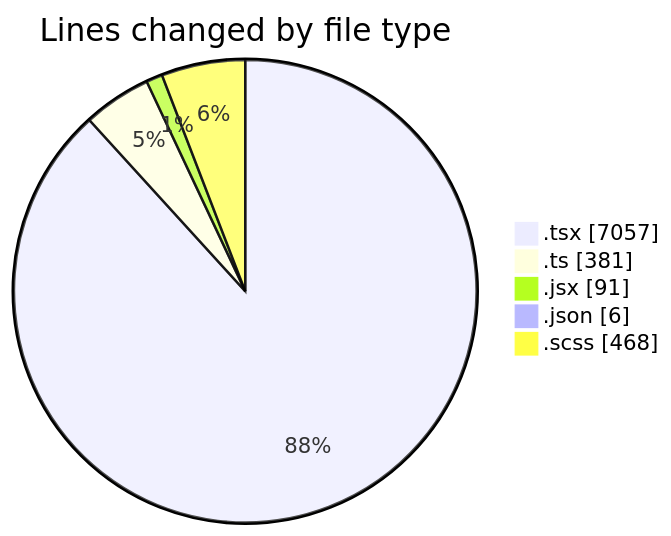
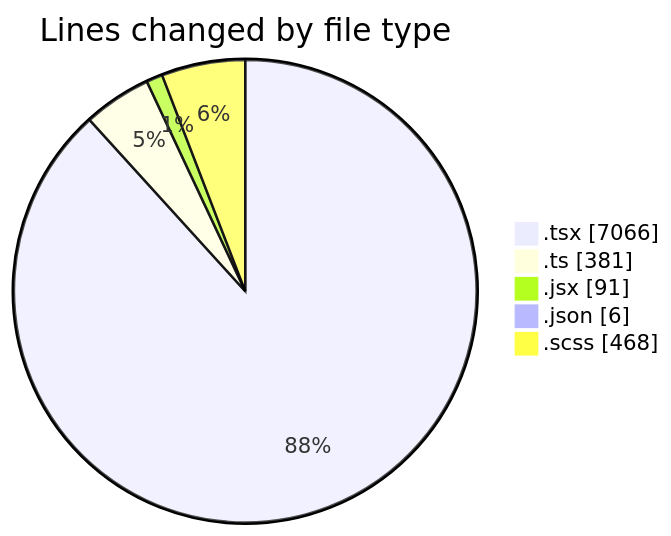
One commit to momahboobian/code-tracking changed the first of 2 diagrams in 2026-04-27/cda/README.md. Above: the diagram before and after it, drawn with Mermaid. The commit also changed other lines of this file and 1 other file, not shown here.

````diff
--- a/2026-04-27/cda/README.md
+++ b/2026-04-27/cda/README.md
@@ -46,9 +46,9 @@
 ```mermaid
 pie showData
 title Lines changed by file type
-".tsx" : 7057
+".tsx" : 7066
 ".ts" : 381
 ".jsx" : 91
 ".json" : 6
 ".scss" : 468
 ```
````
